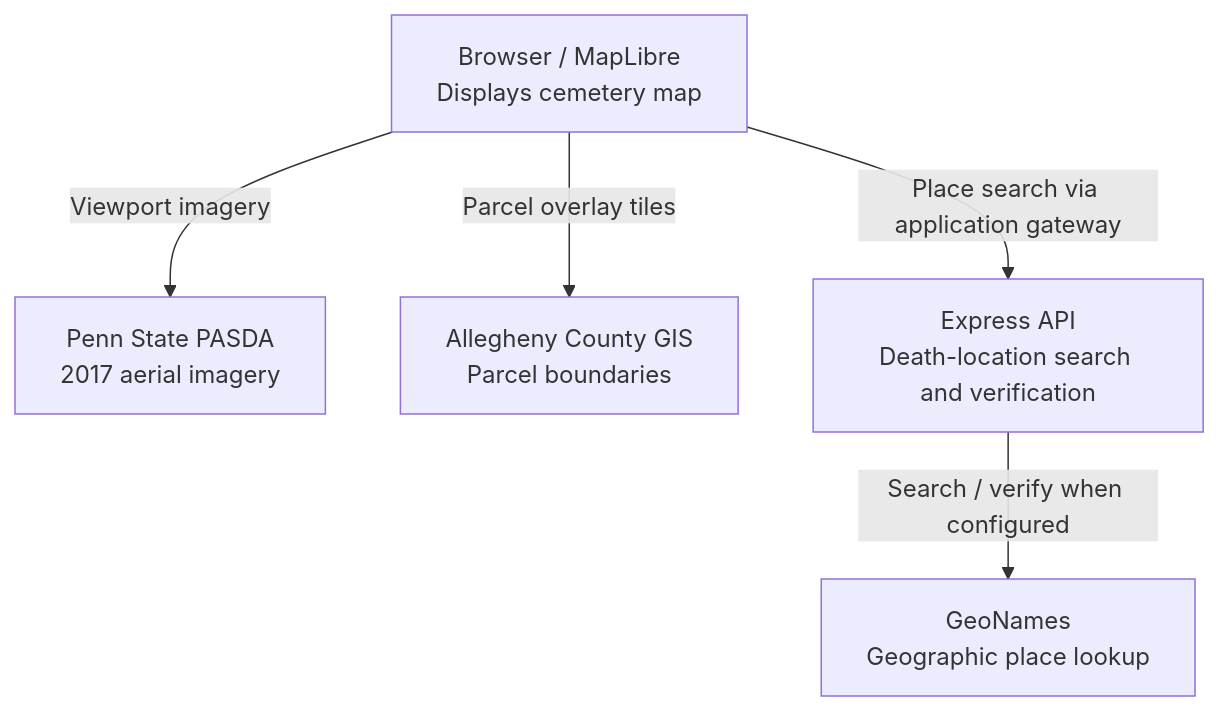
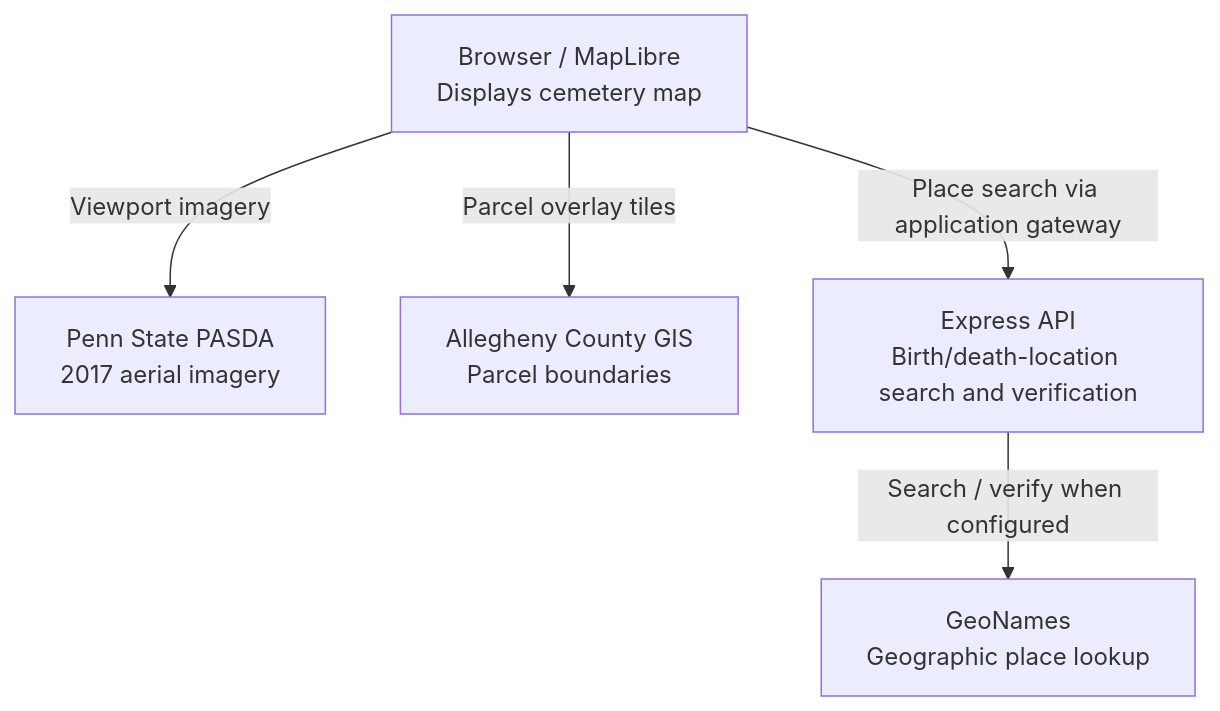
One commit to scpeterson/CemeteryMapping changed the third of 5 diagrams in docs/service-architecture.md. Above: the diagram before and after it, drawn with Mermaid. The commit also changed other lines of this file and 4 other files, not shown here.

Commit message:
Document service architecture and encrypted backup recovery (#875)

````diff
--- a/docs/service-architecture.md
+++ b/docs/service-architecture.md
@@ -74,12 +86,12 @@
 ```mermaid
 flowchart TB
   browser["Browser / MapLibre<br/>Displays cemetery map"]
   imagery["Penn State PASDA<br/>2017 aerial imagery"]
   parcels["Allegheny County GIS<br/>Parcel boundaries"]
-  api["Express API<br/>Death-location search and verification"]
+  api["Express API<br/>Birth/death-location search and verification"]
   geo["GeoNames<br/>Geographic place lookup"]
   browser -->|"Viewport imagery"| imagery
   browser -->|"Parcel overlay tiles"| parcels
   browser -->|"Place search via application gateway"| api
   api -->|"Search / verify when configured"| geo
 ```
````
